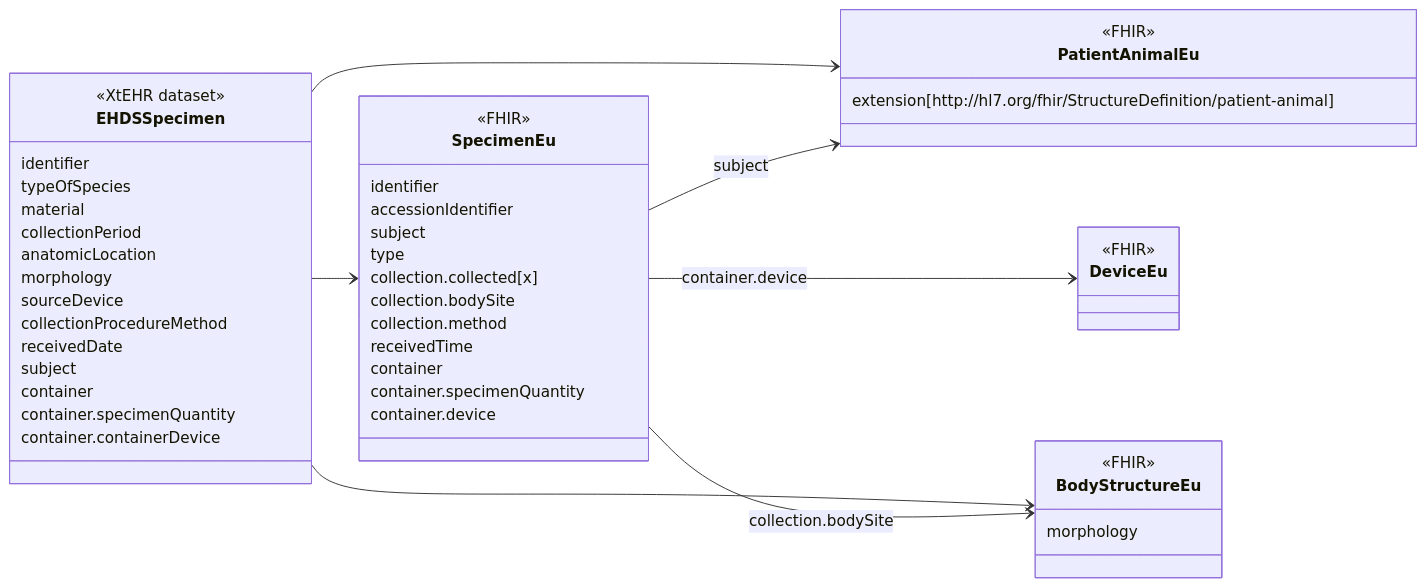
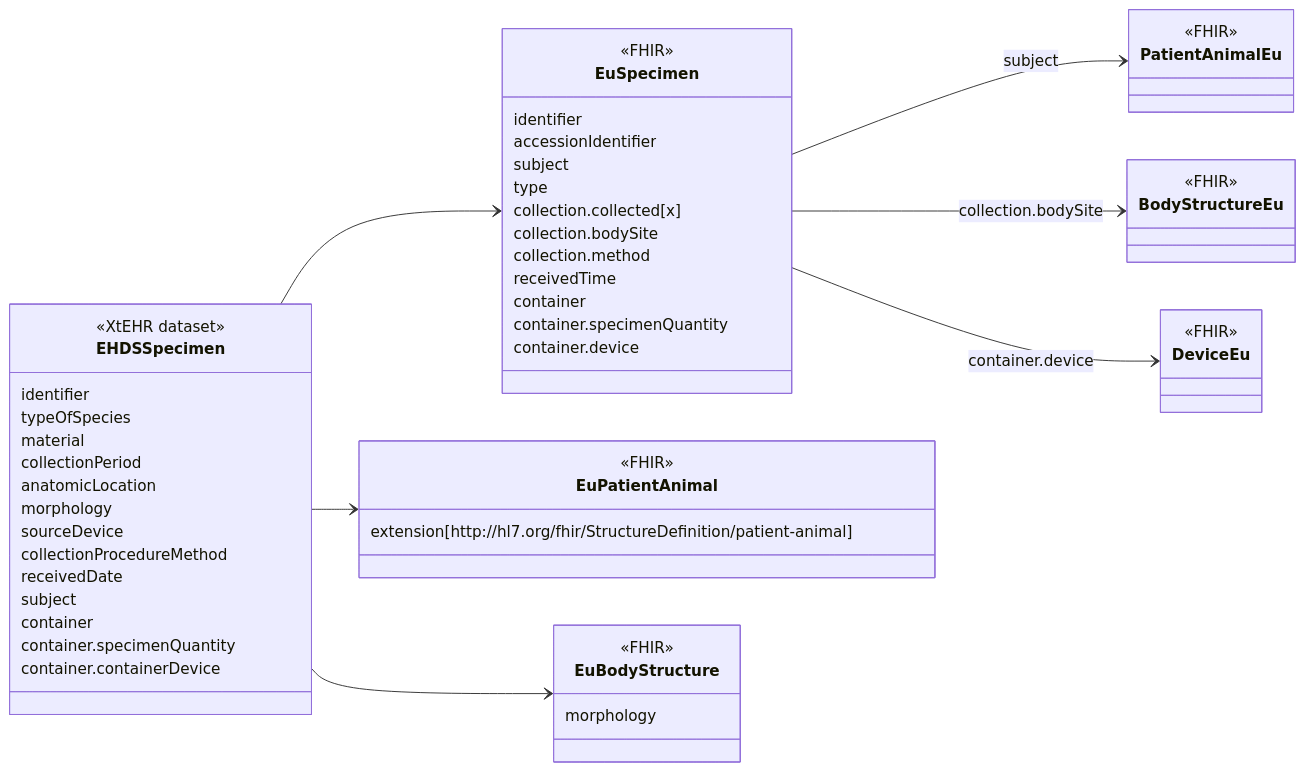
One commit to oijauregui/ehdsimaging changed the diagram in new/input/intro-notes/ConceptMap-EHDSSpecimenMap-intro.md. Above: the diagram before and after it, drawn with Mermaid. The commit also changed 162 other files, not shown here.

````diff
--- a/new/input/intro-notes/ConceptMap-EHDSSpecimenMap-intro.md
+++ b/new/input/intro-notes/ConceptMap-EHDSSpecimenMap-intro.md
@@ -5,61 +5,61 @@
 ```mermaid
 classDiagram
 direction LR
 class EHDSSpecimen {
   <<XtEHR dataset>>
   identifier
   typeOfSpecies
   material
   collectionPeriod
   anatomicLocation
   morphology
   sourceDevice
   collectionProcedureMethod
   receivedDate
   subject
   container
   container.specimenQuantity
   container.containerDevice
 }
 link EHDSSpecimen "https://build.fhir.org/ig/Xt-EHR/xt-ehr-common/StructureDefinition-EHDSSpecimen.html"
-class SpecimenEu{
+class EuSpecimen{
   <<FHIR>>
   identifier
   accessionIdentifier
   subject
   type
   collection.collected[x]
   collection.bodySite
   collection.method
   receivedTime
   container
   container.specimenQuantity
   container.device
 }
 
-class PatientAnimalEu{
+class EuPatientAnimal{
   <<FHIR>>
   extension[http\://hl7.org/fhir/StructureDefinition/patient-animal]
 }
 
-class BodyStructureEu{
+class EuBodyStructure{
   <<FHIR>>
   morphology
 }
 
 class PatientAnimalEu {
   <<FHIR>>
 }
 class BodyStructureEu {
   <<FHIR>>
 }
 class DeviceEu {
   <<FHIR>>
 }
-EHDSSpecimen --> SpecimenEu
-SpecimenEu --> PatientAnimalEu : subject
-SpecimenEu --> BodyStructureEu : collection.bodySite
-SpecimenEu --> DeviceEu : container.device
-EHDSSpecimen --> PatientAnimalEu
-EHDSSpecimen --> BodyStructureEu
+EHDSSpecimen --> EuSpecimen
+EuSpecimen --> PatientAnimalEu : subject
+EuSpecimen --> BodyStructureEu : collection.bodySite
+EuSpecimen --> DeviceEu : container.device
+EHDSSpecimen --> EuPatientAnimal
+EHDSSpecimen --> EuBodyStructure
 ```
````
